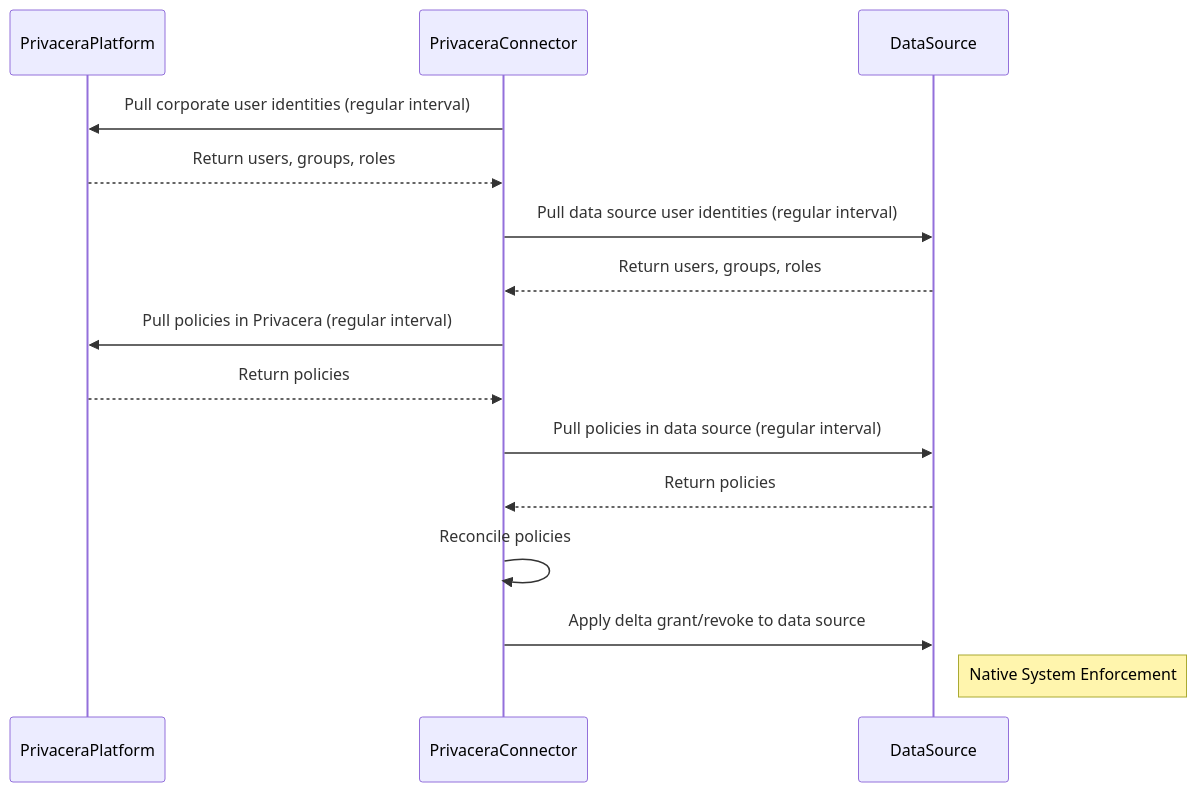
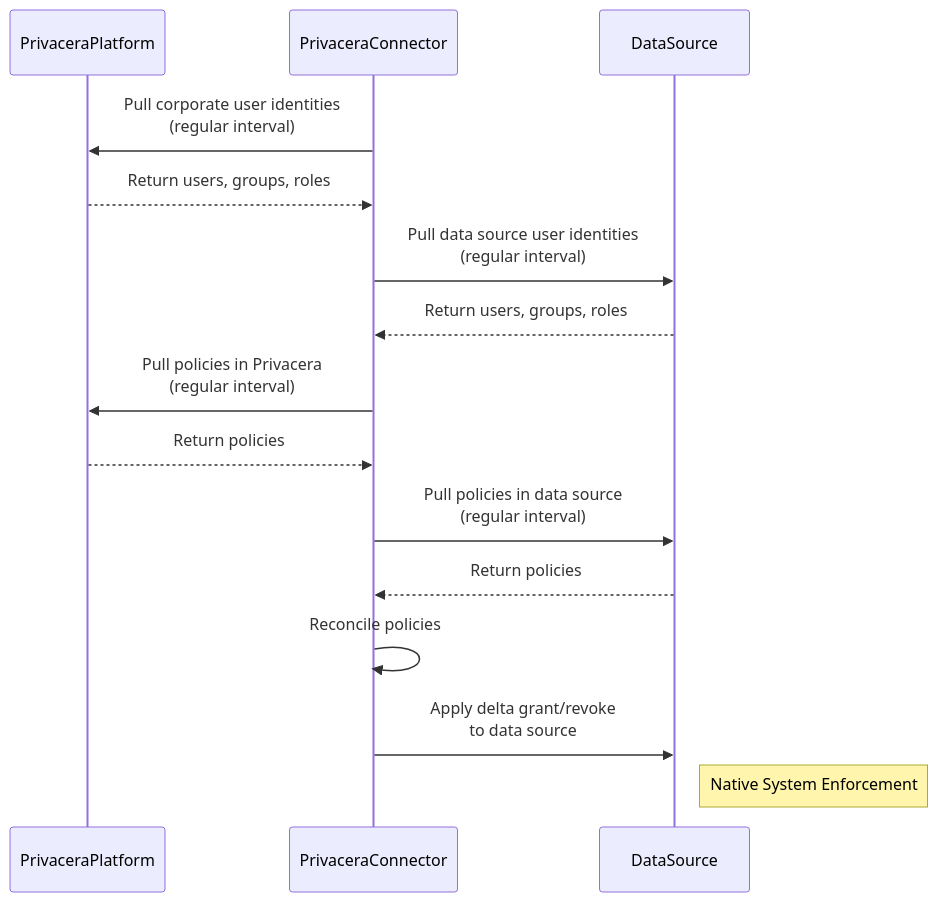
One commit to rangrej-irfan/docs changed the first of 3 diagrams in mkdocs/docs/resources/design/access-management/integrations/privacera_policysync.md. Above: the diagram before and after it, drawn with Mermaid. The commit also changed other lines of this file and 3 other files, not shown here.

````diff
--- a/mkdocs/docs/resources/design/access-management/integrations/privacera_policysync.md
+++ b/mkdocs/docs/resources/design/access-management/integrations/privacera_policysync.md
@@ -40,20 +40,20 @@
 ```mermaid
 sequenceDiagram
     participant PrivaceraPlatform
     participant PrivaceraConnector
     participant DataSource
 
-    PrivaceraConnector->>PrivaceraPlatform: Pull corporate user identities (regular interval)
+    PrivaceraConnector->>PrivaceraPlatform: Pull corporate user identities<br> (regular interval)
     PrivaceraPlatform-->>PrivaceraConnector: Return users, groups, roles
-    PrivaceraConnector->>DataSource: Pull data source user identities (regular interval)
+    PrivaceraConnector->>DataSource: Pull data source user identities<br> (regular interval)
     DataSource-->>PrivaceraConnector: Return users, groups, roles
 
-    PrivaceraConnector->>PrivaceraPlatform: Pull policies in Privacera (regular interval)
+    PrivaceraConnector->>PrivaceraPlatform: Pull policies in Privacera<br> (regular interval)
     PrivaceraPlatform-->>PrivaceraConnector: Return policies
-    PrivaceraConnector->>DataSource: Pull policies in data source (regular interval)
+    PrivaceraConnector->>DataSource: Pull policies in data source<br> (regular interval)
     DataSource-->>PrivaceraConnector: Return policies
 
     PrivaceraConnector->>PrivaceraConnector: Reconcile policies
-    PrivaceraConnector->>DataSource: Apply delta grant/revoke to data source
+    PrivaceraConnector->>DataSource: Apply delta grant/revoke<br> to data source
     Note right of DataSource: Native System Enforcement
 ```
````
